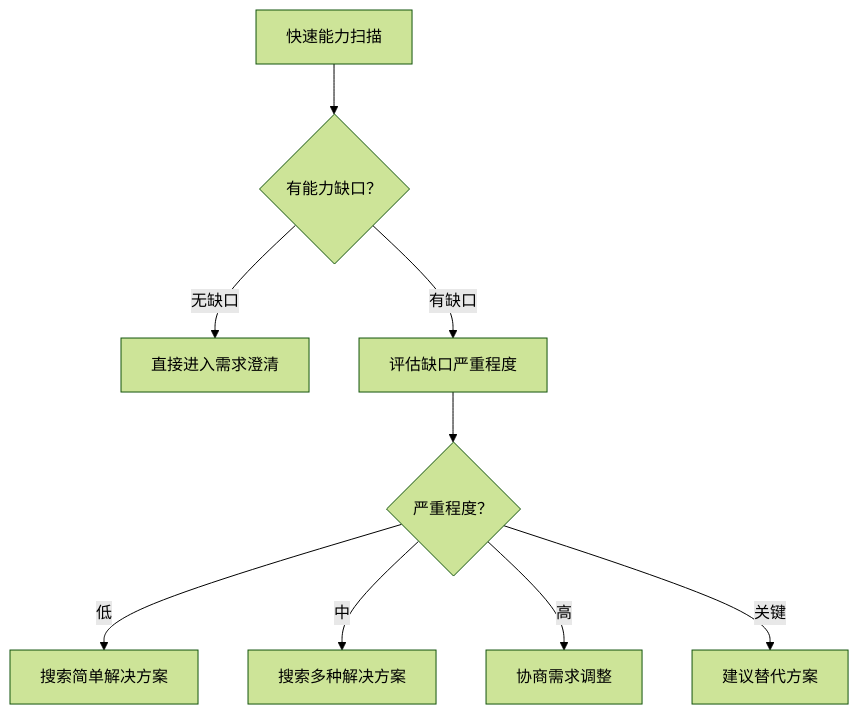
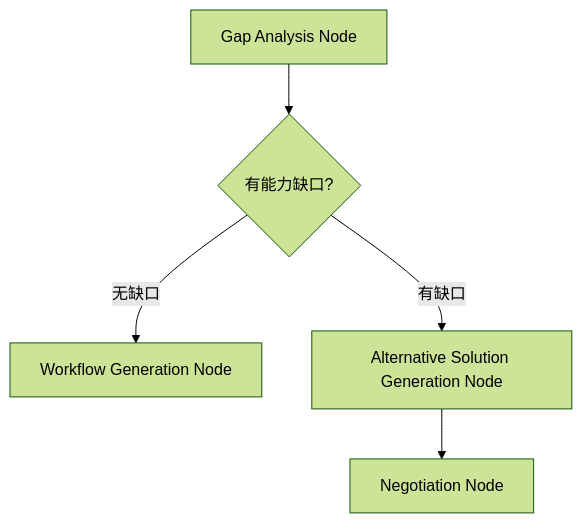
The second of 7 diagrams in docs/tech-design/workflow-agent-architecture.md (CurvatureX/agent_team_monorepo), drawn with Mermaid (forest theme) before and after one commit. The commit also changed other lines of this file, not shown here.

Commit message:
update architecture design

````diff
--- a/docs/tech-design/workflow-agent-architecture.md
+++ b/docs/tech-design/workflow-agent-architecture.md
@@ -463,11 +91,7 @@
 ```mermaid
 graph TD
-    A[快速能力扫描] --> B{有能力缺口？}
-    B -->|无缺口| C[直接进入需求澄清]
-    B -->|有缺口| D[评估缺口严重程度]
-    D --> E{严重程度？}
-    E -->|低| F[搜索简单解决方案]
-    E -->|中| G[搜索多种解决方案]
-    E -->|高| H[协商需求调整]
-    E -->|关键| I[建议替代方案]
+    A[Gap Analysis Node] --> B{有能力缺口?}
+    B -->|无缺口| C[Workflow Generation Node]
+    B -->|有缺口| D[Alternative Solution Generation Node]
+    D --> E[Negotiation Node]
 ```
````
